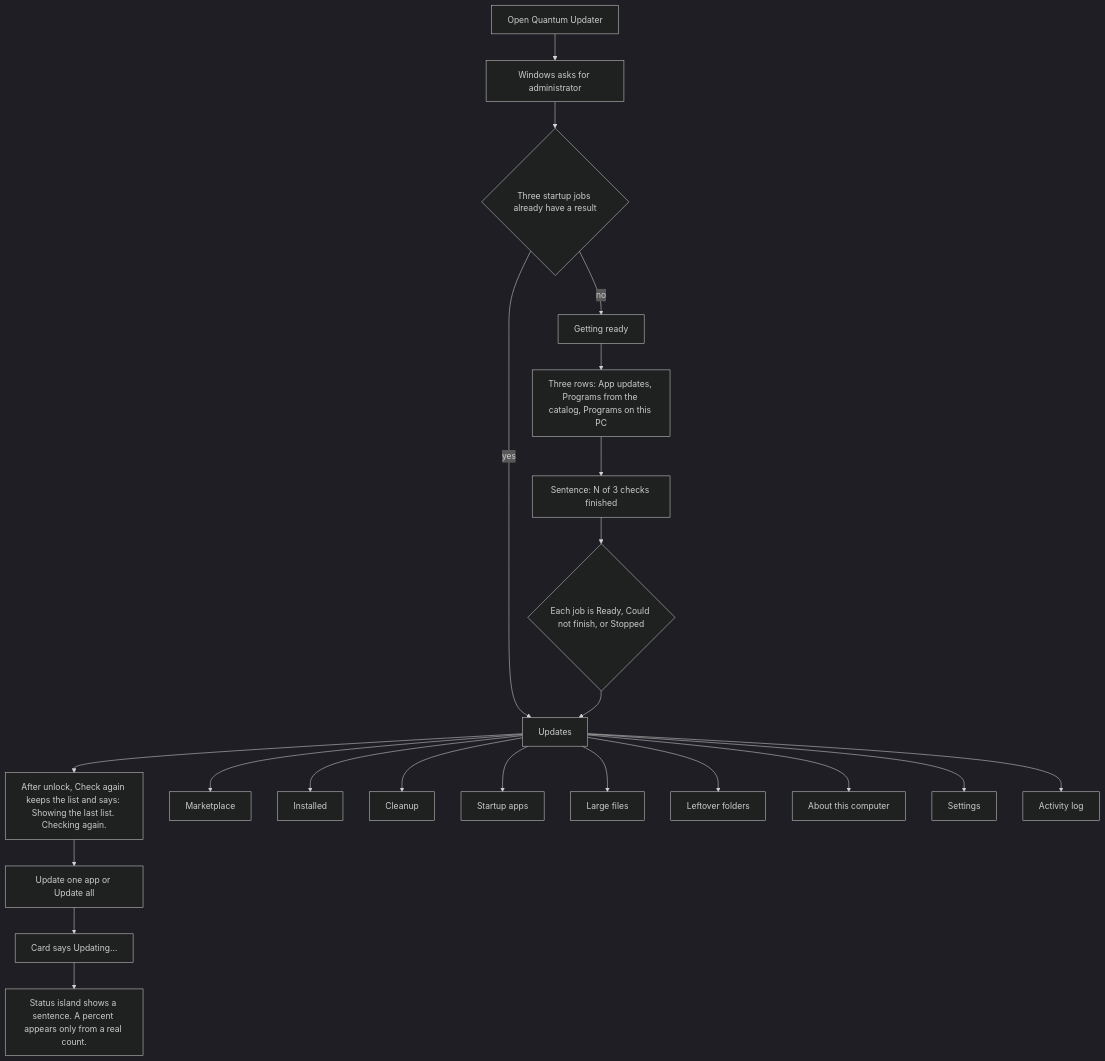
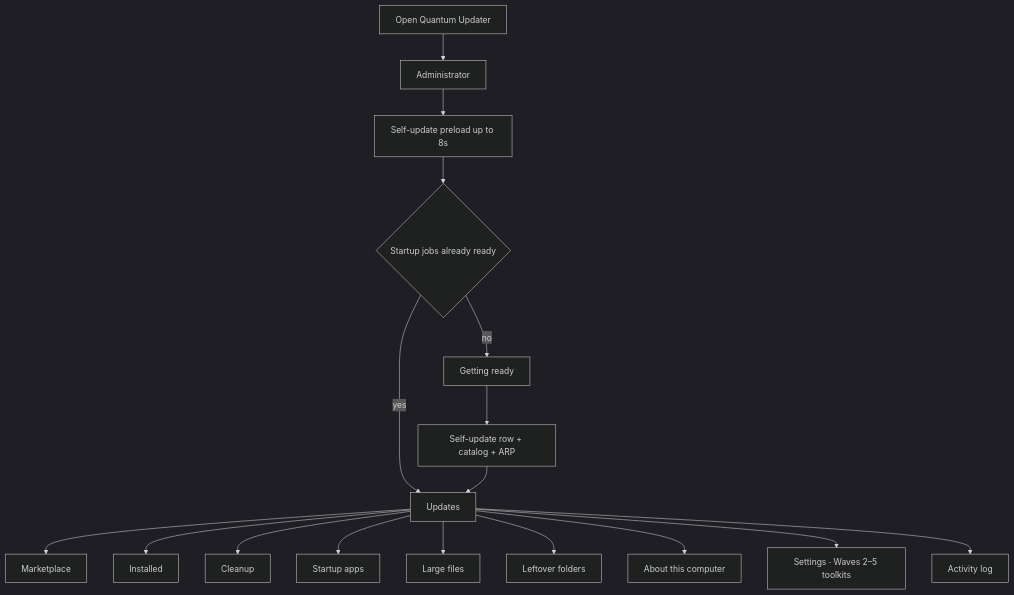
The second of 2 diagrams in docs/ARCHITECTURE.md (merchanthasan2/AudoChocolatey), drawn with Mermaid (dark theme) before and after one commit. The commit also changed other lines of this file and 8 other files, not shown here.

First line of the commit message:
feat(updater): apply GitHub Windows zip for in-app self-update

````diff
--- a/docs/ARCHITECTURE.md
+++ b/docs/ARCHITECTURE.md
@@ -125,25 +79,19 @@
 ```mermaid
 flowchart TD
-  open["Open Quantum Updater"] --> admin["Windows asks for administrator"]
-  admin --> cache{"Three startup jobs already have a result"}
+  open["Open Quantum Updater"] --> admin["Administrator"]
+  admin --> self["Self-update preload up to 8s"]
+  self --> cache{"Startup jobs already ready"}
   cache -->|yes| updates["Updates"]
   cache -->|no| gate["Getting ready"]
-  gate --> rows["Three rows: App updates, Programs from the catalog, Programs on this PC"]
-  rows --> count["Sentence: N of 3 checks finished"]
-  count --> settled{"Each job is Ready, Could not finish, or Stopped"}
-  settled --> updates
-  updates --> note["After unlock, Check again keeps the list and says: Showing the last list. Checking again."]
-  note --> one["Update one app or Update all"]
-  one --> running["Card says Updating…"]
-  running --> island["Status island shows a sentence. A percent appears only from a real count."]
-
+  gate --> rows["Self-update row + catalog + ARP"]
+  rows --> updates
   updates --> market["Marketplace"]
   updates --> inst["Installed"]
   updates --> clean["Cleanup"]
   updates --> startapps["Startup apps"]
   updates --> large["Large files"]
   updates --> left["Leftover folders"]
   updates --> about["About this computer"]
-  updates --> settings["Settings"]
+  updates --> settings["Settings · Waves 2–5 toolkits"]
   updates --> log["Activity log"]
 ```
````
